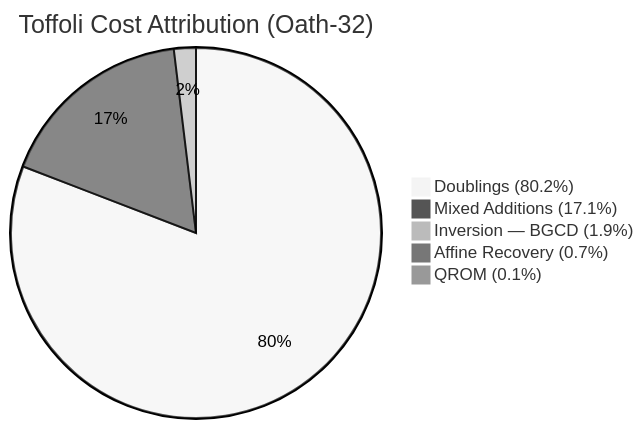
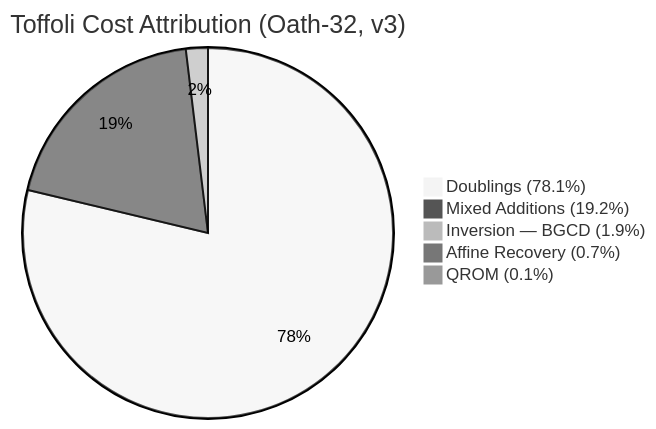
Before and after one commit to chippr-robotics/quantum_proof: the seventh of 10 diagrams in oathbreaker/docs/ARCHITECTURE.md, drawn with Mermaid (neutral theme). The commit also changed other lines of this file and 10 other files, not shown here.

````diff
--- a/oathbreaker/docs/ARCHITECTURE.md
+++ b/oathbreaker/docs/ARCHITECTURE.md
@@ -271,8 +271,8 @@
 ```mermaid
-pie title Toffoli Cost Attribution (Oath-32)
-    "Doublings (80.2%)" : 80.2
-    "Mixed Additions (17.1%)" : 17.1
+pie title Toffoli Cost Attribution (Oath-32, v3)
+    "Doublings (78.1%)" : 78.1
+    "Mixed Additions (19.2%)" : 19.2
     "Inversion — BGCD (1.9%)" : 1.9
     "Affine Recovery (0.7%)" : 0.7
     "QROM (0.1%)" : 0.1
 ```
````
